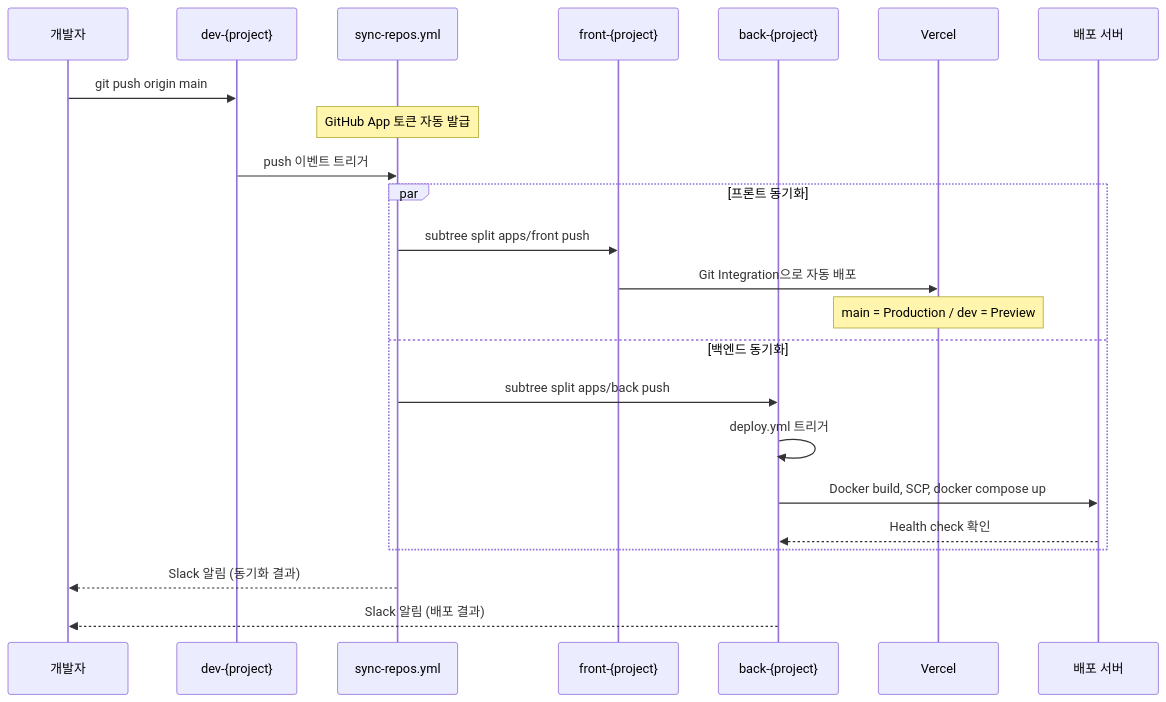
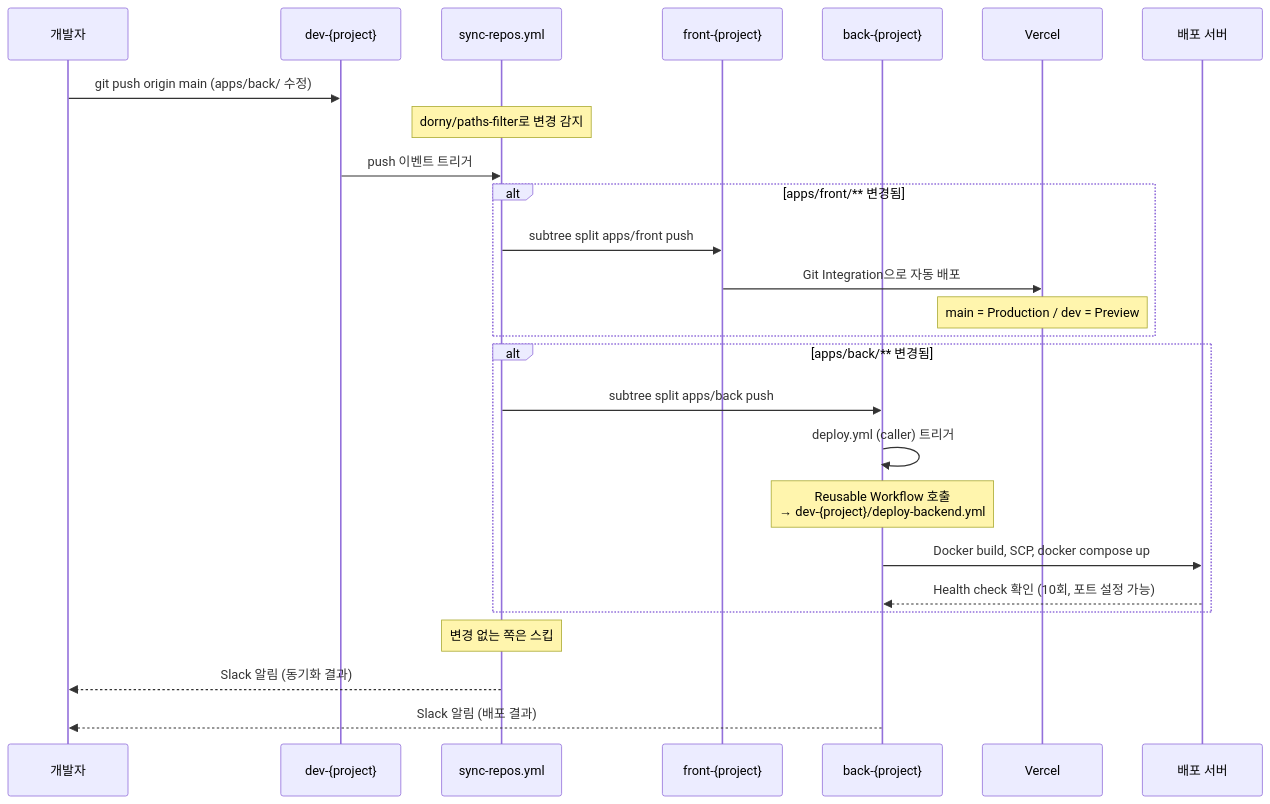
One commit to BaGyun0107/harness-starterkit changed the third of 8 diagrams in docs/PIPELINE-GUIDE.md. Above: the diagram before and after it, drawn with Mermaid. The commit also changed other lines of this file, not shown here.

First line of the commit message:
docs: 파이프라인 가이드 업데이트 (선택적 동기화, Reusable Workflow, 환경변수 관리)

````diff
--- a/docs/PIPELINE-GUIDE.md
+++ b/docs/PIPELINE-GUIDE.md
@@ -89,29 +95,33 @@
 ```mermaid
 sequenceDiagram
     participant DEV as 개발자
     participant DR as dev-{project}
     participant SY as sync-repos.yml
     participant FR as front-{project}
     participant BR as back-{project}
     participant VC as Vercel
     participant SV as 배포 서버
 
-    DEV->>DR: git push origin main
+    DEV->>DR: git push origin main (apps/back/ 수정)
 
-    Note over SY: GitHub App 토큰 자동 발급
+    Note over SY: dorny/paths-filter로 변경 감지
     DR->>SY: push 이벤트 트리거
 
-    par 프론트 동기화
+    alt apps/front/** 변경됨
         SY->>FR: subtree split apps/front push
         FR->>VC: Git Integration으로 자동 배포
         Note over VC: main = Production / dev = Preview
-    and 백엔드 동기화
-        SY->>BR: subtree split apps/back push
-        BR->>BR: deploy.yml 트리거
-        BR->>SV: Docker build, SCP, docker compose up
-        SV-->>BR: Health check 확인
     end
 
+    alt apps/back/** 변경됨
+        SY->>BR: subtree split apps/back push
+        BR->>BR: deploy.yml (caller) 트리거
+        Note over BR: Reusable Workflow 호출<br/>→ dev-{project}/deploy-backend.yml
+        BR->>SV: Docker build, SCP, docker compose up
+        SV-->>BR: Health check 확인 (10회, 포트 설정 가능)
+    end
+
+    Note over SY: 변경 없는 쪽은 스킵
     SY-->>DEV: Slack 알림 (동기화 결과)
     BR-->>DEV: Slack 알림 (배포 결과)
 ```
````
